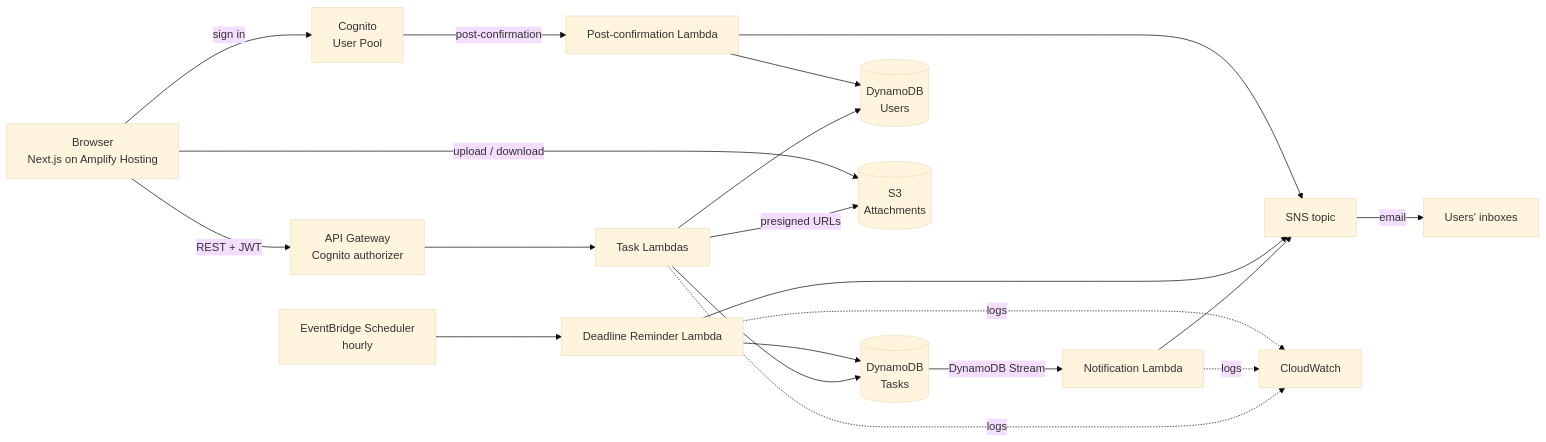
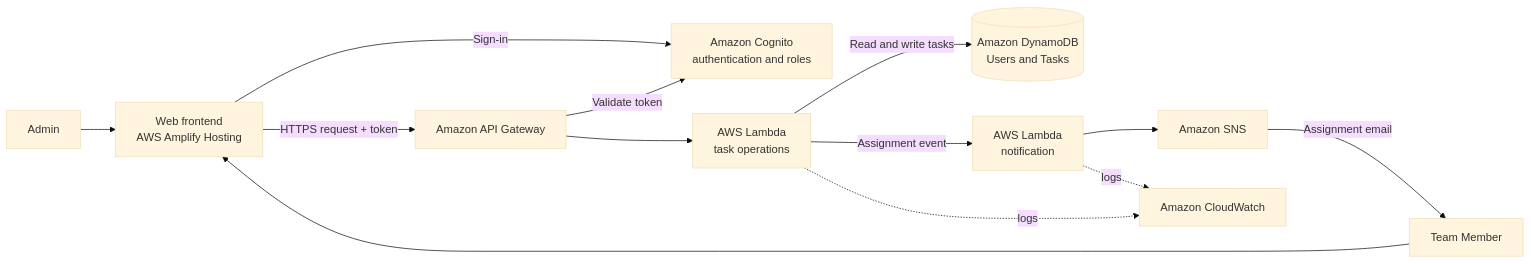
Before and after one commit to BenjaminSsempala/serverless-task-manager: the second of 2 diagrams in docs/planning.md, drawn with Mermaid (base theme). The commit also changed other lines of this file and 19 other files, not shown here.

First line of the commit message:
feat: implement task management API with CRUD operations

````diff
--- a/docs/planning.md
+++ b/docs/planning.md
@@ -51,22 +99,15 @@
 ```mermaid
 flowchart LR
-    U[Browser<br/>Next.js on Amplify Hosting] -->|sign in| C[Cognito<br/>User Pool]
-    U -->|REST + JWT| A[API Gateway<br/>Cognito authorizer]
-    A --> L[Task Lambdas]
-    L --> T[(DynamoDB<br/>Tasks)]
-    L --> UT[(DynamoDB<br/>Users)]
-    L -->|presigned URLs| S3[(S3<br/>Attachments)]
-    U -->|upload / download| S3
-    T -->|DynamoDB Stream| N[Notification Lambda]
-    N --> SNS[SNS topic]
-    E[EventBridge Scheduler<br/>hourly] --> R[Deadline Reminder Lambda]
-    R --> T
-    R --> SNS
-    SNS -->|email| M[Users' inboxes]
-    C -->|post-confirmation| P[Post-confirmation Lambda]
-    P --> UT
-    P --> SNS
-    L -.logs.-> CW[CloudWatch]
-    N -.logs.-> CW
-    R -.logs.-> CW
+    Admin[Admin] --> Web[Web frontend<br/>AWS Amplify Hosting]
+    Member[Team Member] --> Web
+    Web -->|Sign-in| Cognito[Amazon Cognito<br/>authentication and roles]
+    Web -->|HTTPS request + token| API[Amazon API Gateway]
+    API -->|Validate token| Cognito
+    API --> TaskFn[AWS Lambda<br/>task operations]
+    TaskFn -->|Read and write tasks| DB[(Amazon DynamoDB<br/>Users and Tasks)]
+    TaskFn -->|Assignment event| NotifyFn[AWS Lambda<br/>notification]
+    NotifyFn --> SNS[Amazon SNS]
+    SNS -->|Assignment email| Member
+    TaskFn -. logs .-> CW[Amazon CloudWatch]
+    NotifyFn -. logs .-> CW
 ```
````
